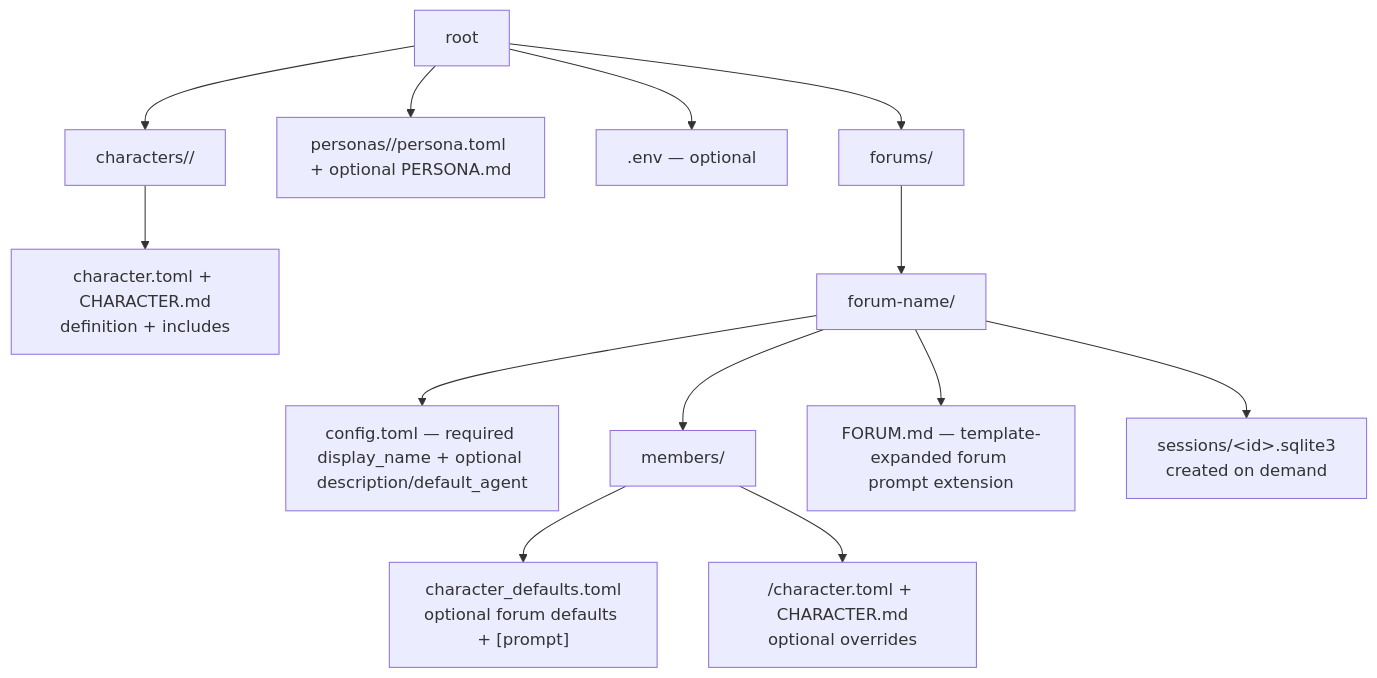
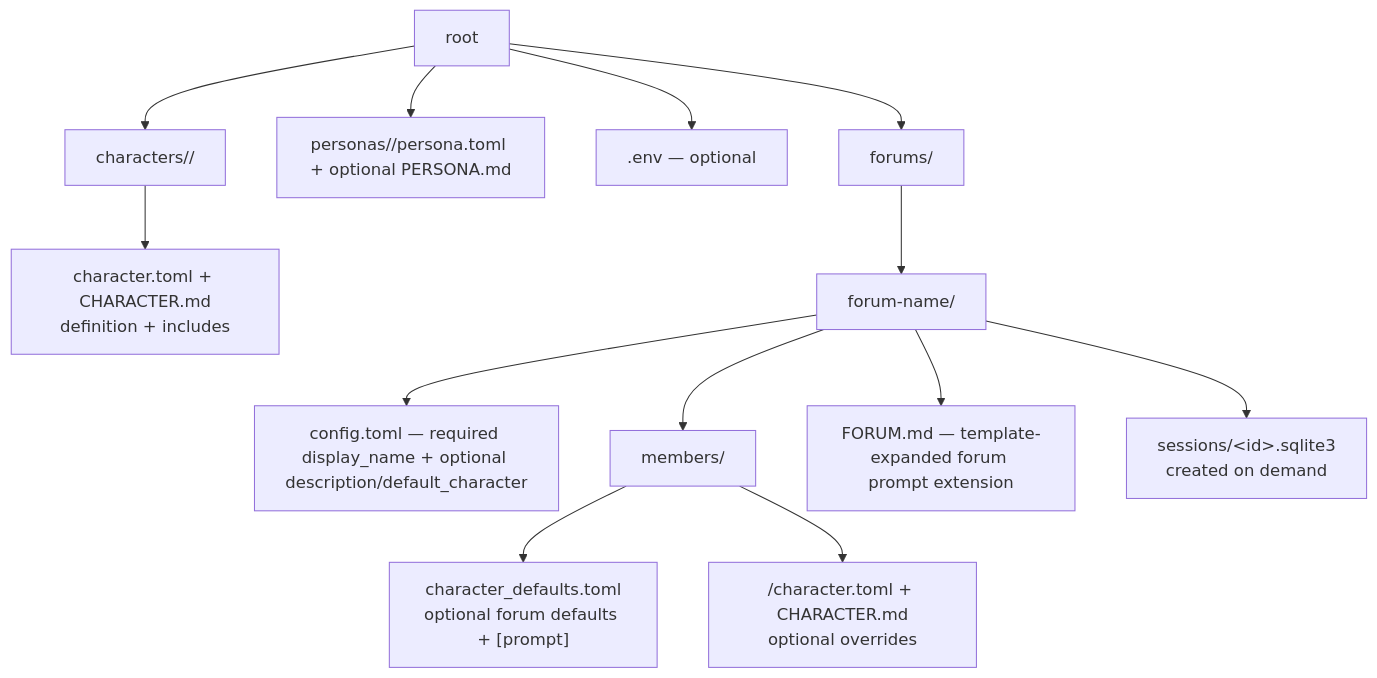
The first of 4 diagrams in src/session/README.md (michaelpopov/cha), drawn with Mermaid before and after one commit. The commit also changed other lines of this file and 92 other files, not shown here.

````diff
--- a/src/session/README.md
+++ b/src/session/README.md
@@ -26,15 +26,15 @@
 ```mermaid
 flowchart TD
     root --> forums["forums/"]
     root --> personas["personas/<id>/persona.toml + optional PERSONA.md"]
     root --> env[".env — optional"]
     root --> characters["characters/<id>/"]
     characters --> character["character.toml + CHARACTER.md<br/>definition + includes"]
     forums --> forum["forum-name/"]
-    forum --> config["config.toml — required display_name + optional description/default_agent"]
+    forum --> config["config.toml — required display_name + optional description/default_character"]
     forum --> members["members/"]
     members --> base["character_defaults.toml<br/>optional forum defaults + [prompt]"]
     members --> member["<id>/character.toml + CHARACTER.md<br/>optional overrides"]
     forum --> forum_prompt["FORUM.md — template-expanded forum prompt extension"]
     forum --> sessions["sessions/&lt;id&gt;.sqlite3<br/>created on demand"]
 ```
````
